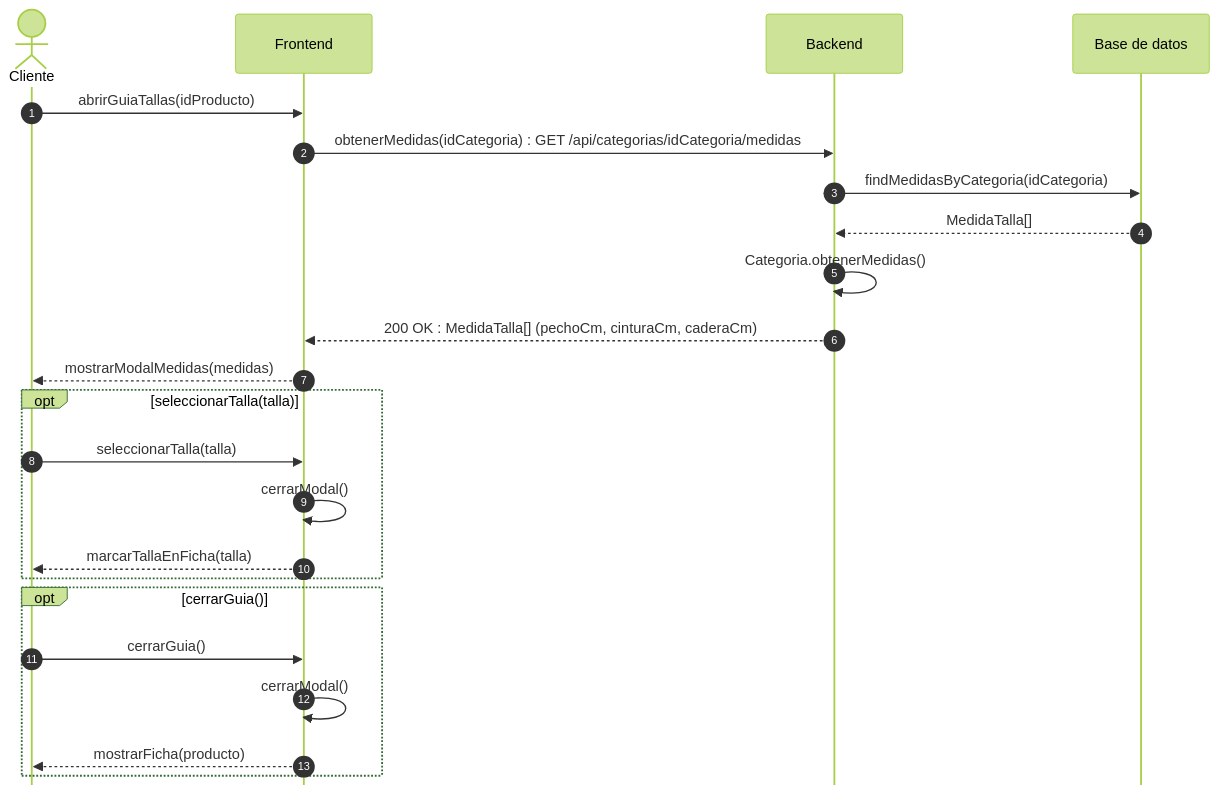
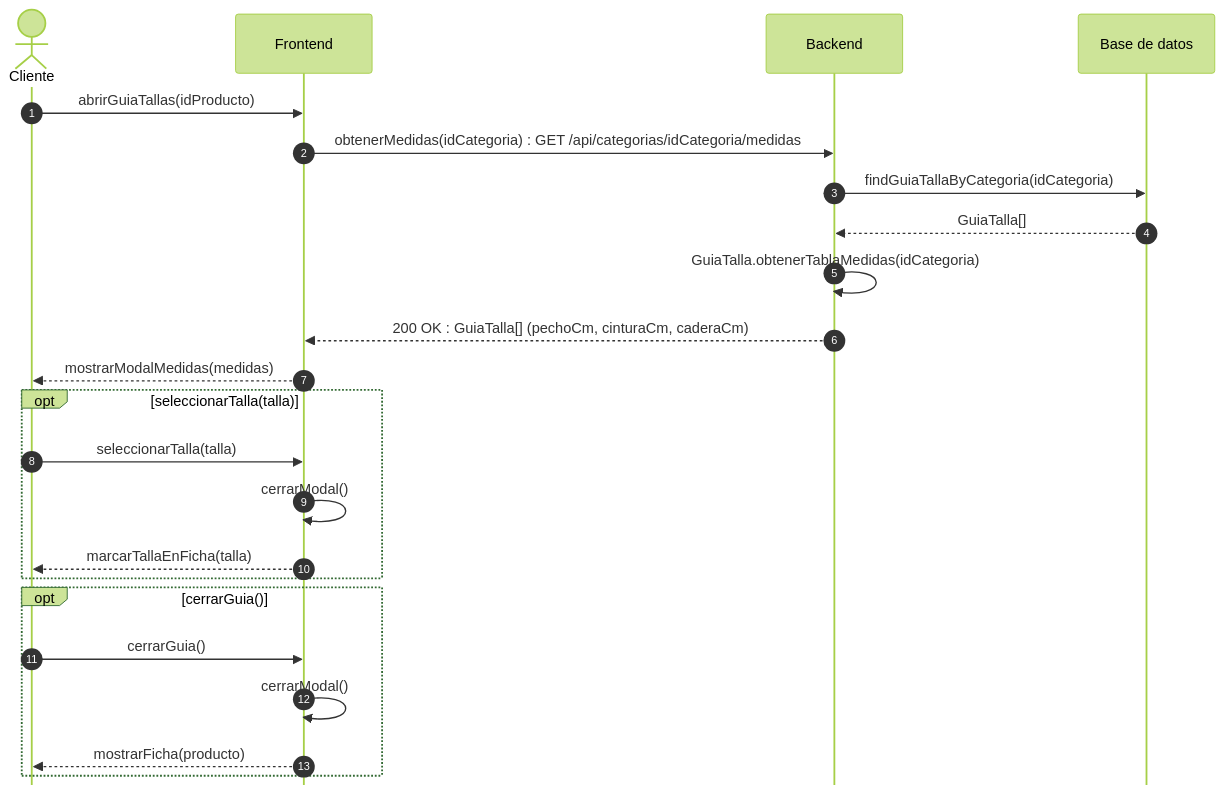
One commit to ajgarciarias10/PR3GPS changed the diagram in Practica3_G11_LaTeX/codigo/sec_us10.mmd. Above: the diagram before and after it, drawn with Mermaid (forest theme). The commit also changed 27 other files, not shown here.

First line of the commit message:
fix(bloque3): alinear diagramas de secuencia con el diagrama de clases final

```diff
--- a/Practica3_G11_LaTeX/codigo/sec_us10.mmd
+++ b/Practica3_G11_LaTeX/codigo/sec_us10.mmd
@@ -1,24 +1,24 @@
 %%{init: {'sequence': {'mirrorActors': false}}}%%
 sequenceDiagram
     autonumber
     actor U as Cliente
     participant FE as Frontend
     participant BE as Backend
     participant DB as Base de datos
     U->>FE: abrirGuiaTallas(idProducto)
     FE->>BE: obtenerMedidas(idCategoria) : GET /api/categorias/idCategoria/medidas
-    BE->>DB: findMedidasByCategoria(idCategoria)
-    DB-->>BE: MedidaTalla[]
-    BE->>BE: Categoria.obtenerMedidas()
-    BE-->>FE: 200 OK : MedidaTalla[] (pechoCm, cinturaCm, caderaCm)
+    BE->>DB: findGuiaTallaByCategoria(idCategoria)
+    DB-->>BE: GuiaTalla[]
+    BE->>BE: GuiaTalla.obtenerTablaMedidas(idCategoria)
+    BE-->>FE: 200 OK : GuiaTalla[] (pechoCm, cinturaCm, caderaCm)
     FE-->>U: mostrarModalMedidas(medidas)
     opt seleccionarTalla(talla)
         U->>FE: seleccionarTalla(talla)
         FE->>FE: cerrarModal()
         FE-->>U: marcarTallaEnFicha(talla)
     end
     opt cerrarGuia()
         U->>FE: cerrarGuia()
         FE->>FE: cerrarModal()
         FE-->>U: mostrarFicha(producto)
     end
```
